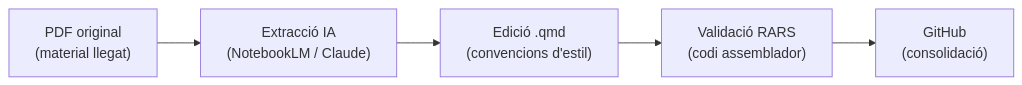
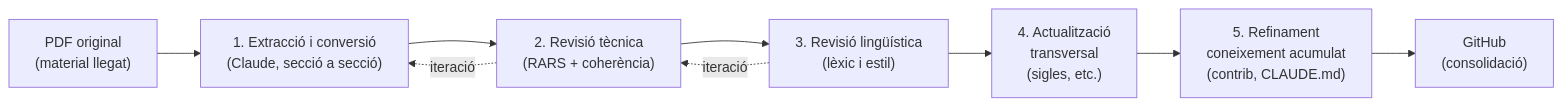
Before and after one commit to rbaig/ICE_PFP: the second of 2 diagrams in memoria.md, drawn with Mermaid. The commit also changed other lines of this file, not shown here.

Commit message:
§2.1: cicle 5 etapes + pes correcte de NotebookLM

````diff
--- a/memoria.md
+++ b/memoria.md
@@ -255,9 +261,13 @@
 ```{mermaid}
 %%| label: fig-flux-produccio
-%%| fig-cap: "Flux de treball de producció de cada unitat temàtica del material migrat."
+%%| fig-cap: "Cicle de producció de cada unitat temàtica. Les etapes 2 i 3 són iteratives amb Claude fins a satisfer la *Definition of Done*. L'etapa 5 capitalitza l'aprenentatge per als temes següents."
 flowchart LR
-    A["PDF original\n(material llegat)"] --> B["Extracció IA\n(NotebookLM / Claude)"]
-    B --> C["Edició .qmd\n(convencions d'estil)"]
-    C --> D["Validació RARS\n(codi assemblador)"]
-    D --> E["GitHub\n(consolidació)"]
+    A["PDF original\n(material llegat)"] --> B["1. Extracció i conversió\n(Claude, secció a secció)"]
+    B --> C["2. Revisió tècnica\n(RARS + coherència)"]
+    C --> D["3. Revisió lingüística\n(lèxic i estil)"]
+    D --> E["4. Actualització\ntransversal\n(sigles, etc.)"]
+    E --> F["5. Refinament\nconeixement acumulat\n(contrib, CLAUDE.md)"]
+    F --> G["GitHub\n(consolidació)"]
+    C -.->|iteració| B
+    D -.->|iteració| C
 ```
````
